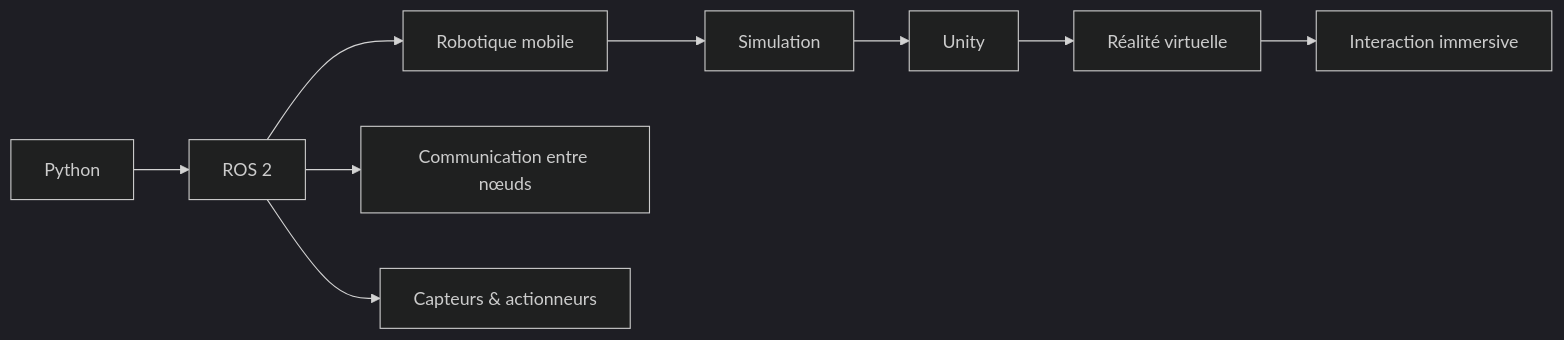
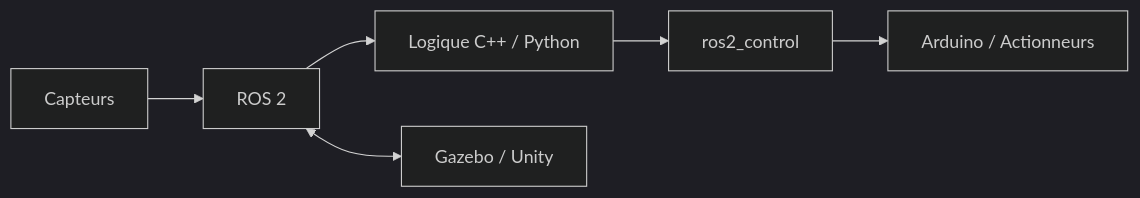
The diagram in README.md (lacinasidibe114-sudo/lacinasidibe114-sudo), drawn with Mermaid (dark theme) before and after one commit. The commit also changed other lines of this file, not shown here.

````diff
--- a/README.md
+++ b/README.md
@@ -40,11 +84,8 @@
 ```mermaid
-graph LR
-    A[Python] --> B[ROS 2]
-    B --> C[Robotique mobile]
-    B --> D[Communication entre nœuds]
-    B --> E[Capteurs & actionneurs]
-    C --> F[Simulation]
-    F --> G[Unity]
-    G --> H[Réalité virtuelle]
-    H --> I[Interaction immersive]
+flowchart LR
+    S[Capteurs] --> R[ROS 2]
+    R --> L[Logique C++ / Python]
+    L --> H[ros2_control]
+    H --> A[Arduino / Actionneurs]
+    R <--> G[Gazebo / Unity]
 ```
````
